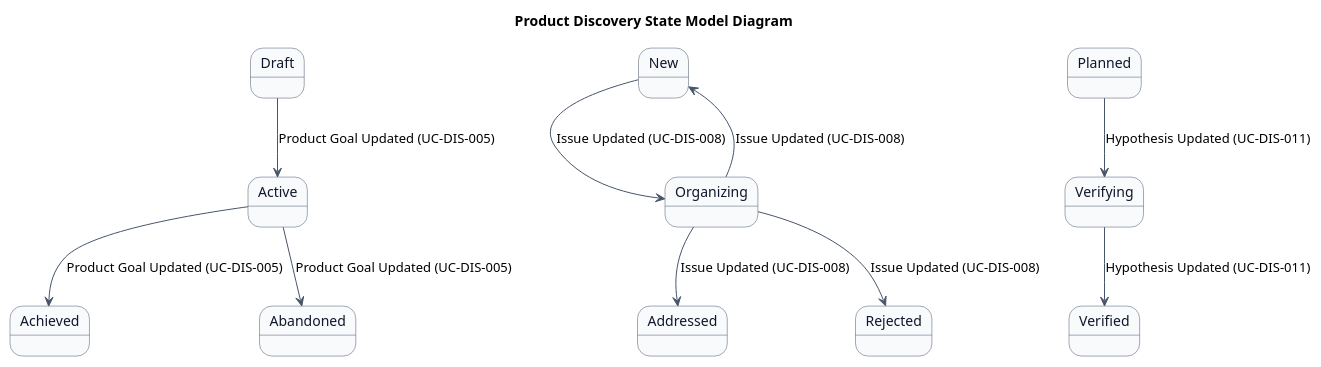
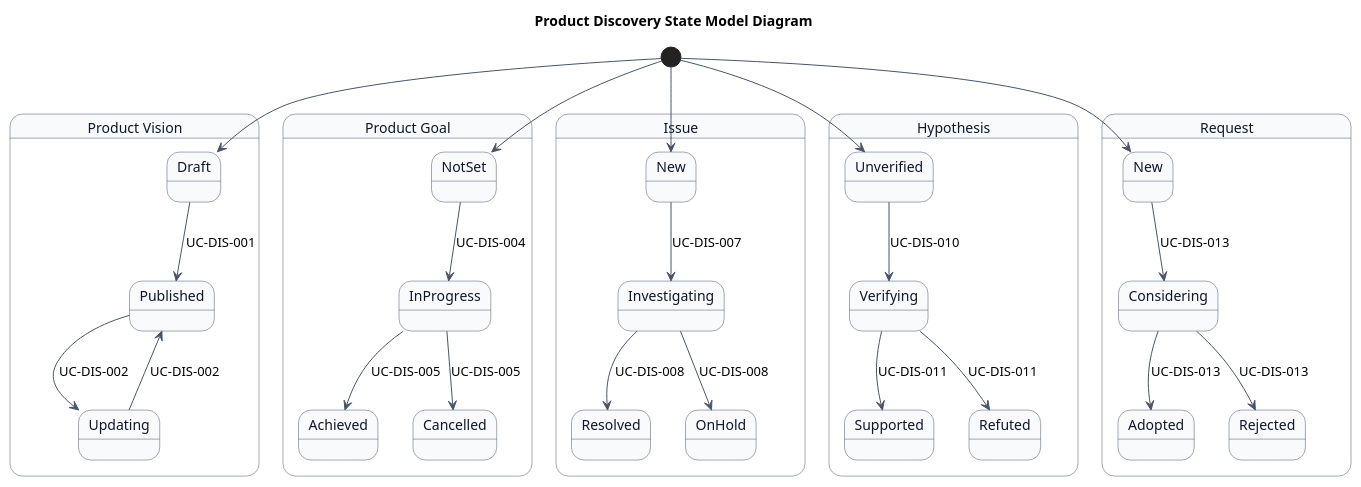
One commit to mizo432/modulith-learning changed the first of 2 diagrams in docs/22 要件定義書/AG アジルーム/03 機能要件/AG-01 プロダクトディスカバリー/04.システム/02.ステート/ステートマシン図.md. Above: the diagram before and after it, drawn with PlantUML. The commit also changed other lines of this file and 884 other files, not shown here.

````diff
--- a/docs/22 要件定義書/AG アジルーム/03 機能要件/AG-01 プロダクトディスカバリー/04.システム/02.ステート/ステートマシン図.md
+++ b/docs/22 要件定義書/AG アジルーム/03 機能要件/AG-01 プロダクトディスカバリー/04.システム/02.ステート/ステートマシン図.md
@@ -11,44 +11,72 @@
 ```plantuml
 @startuml
 title Product Discovery State Model Diagram
 skinparam state {
   BackgroundColor #F8FAFC
   BorderColor #475569
   FontColor #0F172A
 }
 skinparam arrowColor #475569
 skinparam shadowing false
 
-' Product Goal states
-state "Draft" as Draft_PG <<entry>>
-state "Active" as Active_PG
-state "Achieved" as Achieved_PG <<exit>>
-state "Abandoned" as Abandoned_PG <<exit>>
+state "Product Vision" as PV {
+  state "Draft" as PVDraft
+  state "Published" as PVPublished
+  state "Updating" as PVUpdating
+}
 
-' Issue/Request states
-state "New" as New_ISS <<entry>>
-state "Organizing" as Organizing_ISS
-state "Addressed" as Addressed_ISS <<exit>>
-state "Rejected" as Rejected_ISS <<exit>>
+state "Product Goal" as PG {
+  state "NotSet" as PGNotSet
+  state "InProgress" as PGInProgress
+  state "Achieved" as PGAchieved
+  state "Cancelled" as PGCancelled
+}
 
-' Hypothesis states
-state "Planned" as Planned_HP <<entry>>
-state "Verifying" as Verifying_HP
-state "Verified" as Verified_HP <<exit>>
+state "Issue" as Issue {
+  state "New" as IssueNew
+  state "Investigating" as IssueInvestigating
+  state "Resolved" as IssueResolved
+  state "OnHold" as IssueOnHold
+}
 
-' Product Goal transitions
-Draft_PG --> Active_PG : Product Goal Updated (UC-DIS-005)
-Active_PG --> Achieved_PG : Product Goal Updated (UC-DIS-005)
-Active_PG --> Abandoned_PG : Product Goal Updated (UC-DIS-005)
+state "Hypothesis" as Hypo {
+  state "Unverified" as HypoUnverified
+  state "Verifying" as HypoVerifying
+  state "Supported" as HypoSupported
+  state "Refuted" as HypoRefuted
+}
 
-' Issue/Request transitions
-New_ISS --> Organizing_ISS : Issue Updated (UC-DIS-008)
-Organizing_ISS --> New_ISS : Issue Updated (UC-DIS-008)
-Organizing_ISS --> Addressed_ISS : Issue Updated (UC-DIS-008)
-Organizing_ISS --> Rejected_ISS : Issue Updated (UC-DIS-008)
+state "Request" as Req {
+  state "New" as ReqNew
+  state "Considering" as ReqConsidering
+  state "Adopted" as ReqAdopted
+  state "Rejected" as ReqRejected
+}
 
-' Hypothesis transitions
-Planned_HP --> Verifying_HP : Hypothesis Updated (UC-DIS-011)
-Verifying_HP --> Verified_HP : Hypothesis Updated (UC-DIS-011)
+[*] --> PVDraft
+PVDraft --> PVPublished : UC-DIS-001
+PVPublished --> PVUpdating : UC-DIS-002
+PVUpdating --> PVPublished : UC-DIS-002
+
+[*] --> PGNotSet
+PGNotSet --> PGInProgress : UC-DIS-004
+PGInProgress --> PGAchieved : UC-DIS-005
+PGInProgress --> PGCancelled : UC-DIS-005
+
+[*] --> IssueNew
+IssueNew --> IssueInvestigating : UC-DIS-007
+IssueInvestigating --> IssueResolved : UC-DIS-008
+IssueInvestigating --> IssueOnHold : UC-DIS-008
+
+[*] --> HypoUnverified
+HypoUnverified --> HypoVerifying : UC-DIS-010
+HypoVerifying --> HypoSupported : UC-DIS-011
+HypoVerifying --> HypoRefuted : UC-DIS-011
+
+[*] --> ReqNew
+ReqNew --> ReqConsidering : UC-DIS-013
+ReqConsidering --> ReqAdopted : UC-DIS-013
+ReqConsidering --> ReqRejected : UC-DIS-013
+
 @enduml
 ```
````
